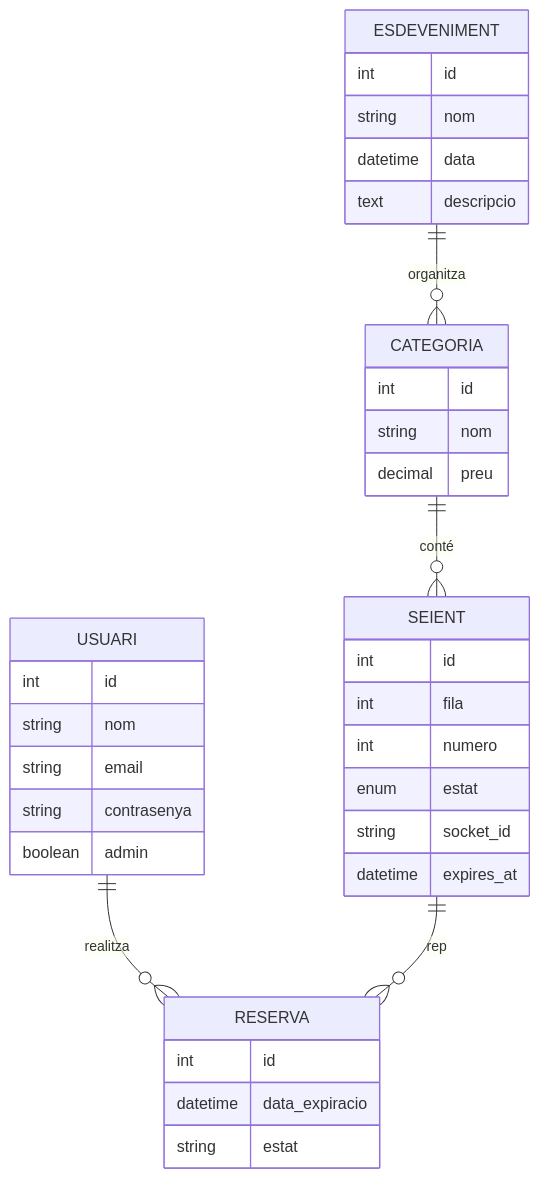
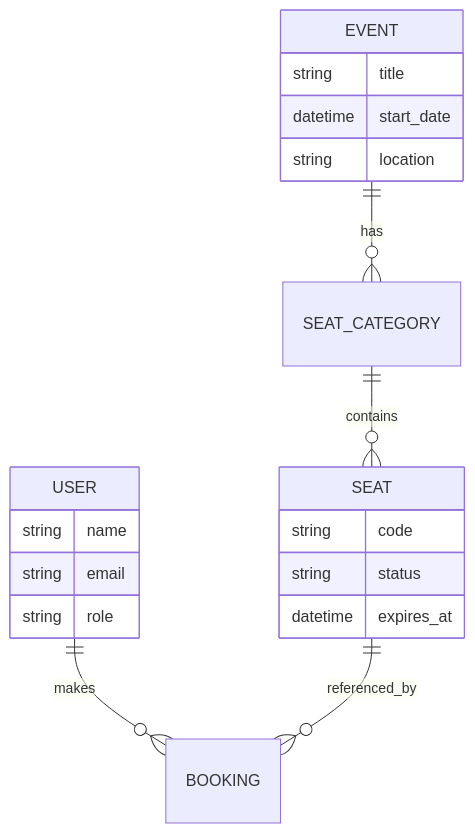
Before and after one commit to inspedralbes/DAWTR3AaronSorianoPonce: the third of 3 diagrams in README.md, drawn with Mermaid. The commit also changed other lines of this file, not shown here.

Commit message:
docs: expand README with detailed sections and fix mermaid diagrams

````diff
--- a/README.md
+++ b/README.md
@@ -71,39 +100,23 @@
 ```mermaid
 erDiagram
-    USUARI ||--o{ RESERVA : realitza
-    ESDEVENIMENT ||--o{ CATEGORIA : organitza
-    CATEGORIA ||--o{ SEIENT : conté
-    SEIENT ||--o{ RESERVA : rep
+    USER ||--o{ BOOKING : makes
+    EVENT ||--o{ SEAT_CATEGORY : has
+    SEAT_CATEGORY ||--o{ SEAT : contains
+    SEAT ||--o{ BOOKING : referenced_by
     
-    USUARI {
-        int id
-        string nom
+    USER {
+        string name
         string email
-        string contrasenya
-        boolean admin
+        string role
     }
-    ESDEVENIMENT {
-        int id
-        string nom
-        datetime data
-        text descripcio
+    EVENT {
+        string title
+        datetime start_date
+        string location
     }
-    CATEGORIA {
-        int id
-        string nom
-        decimal preu
-    }
-    SEIENT {
-        int id
-        int fila
-        int numero
-        enum estat
-        string socket_id
+    SEAT {
+        string code
+        string status
         datetime expires_at
     }
-    RESERVA {
-        int id
-        datetime data_expiracio
-        string estat
-    }
 ```
````
